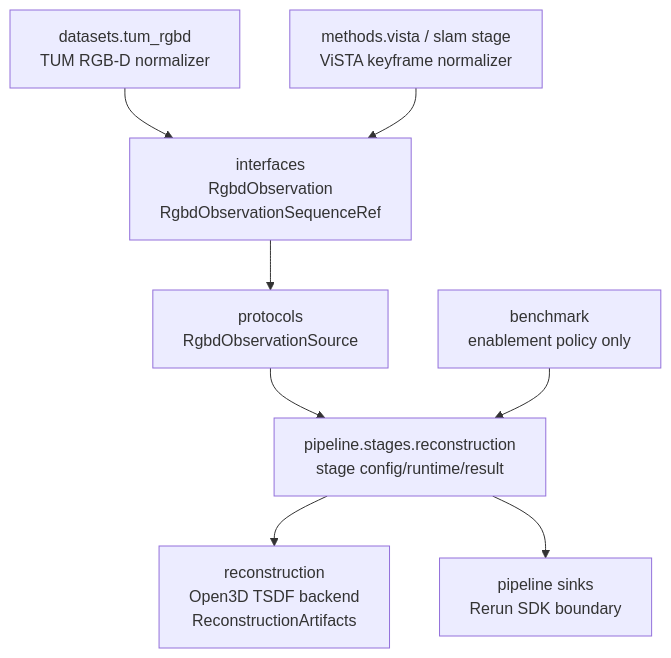
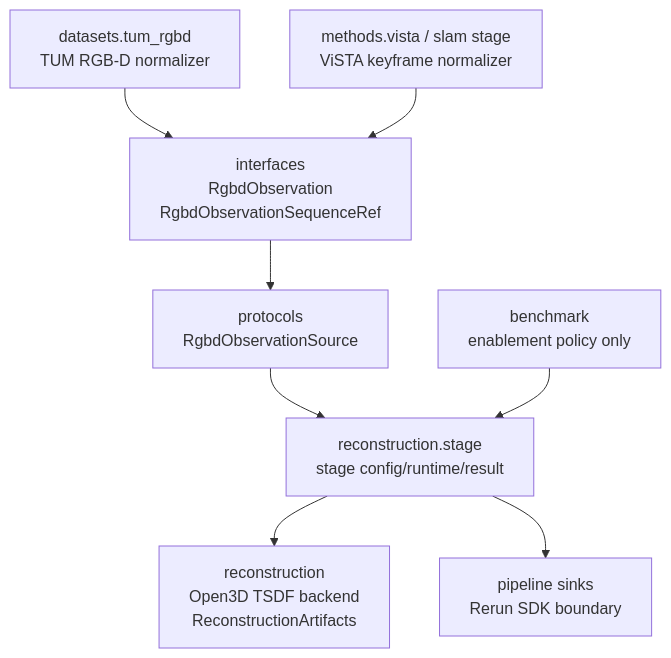
The first of 5 diagrams in docs/architecture/reconstruction-stage-target.md (JanDuchscherer104/prml-vslam), drawn with Mermaid before and after one commit. The commit also changed other lines of this file and 25 other files, not shown here.

Commit message:
docs: update stage ownership architecture

````diff
--- a/docs/architecture/reconstruction-stage-target.md
+++ b/docs/architecture/reconstruction-stage-target.md
@@ -65,19 +65,19 @@
 ```mermaid
 flowchart TB
     Interfaces["interfaces<br/>RgbdObservation<br/>RgbdObservationSequenceRef"]
     Protocols["protocols<br/>RgbdObservationSource"]
     Datasets["datasets.tum_rgbd<br/>TUM RGB-D normalizer"]
     Methods["methods.vista / slam stage<br/>ViSTA keyframe normalizer"]
-    Pipeline["pipeline.stages.reconstruction<br/>stage config/runtime/result"]
+    Pipeline["reconstruction.stage<br/>stage config/runtime/result"]
     Reconstruction["reconstruction<br/>Open3D TSDF backend<br/>ReconstructionArtifacts"]
     Benchmark["benchmark<br/>enablement policy only"]
     Rerun["pipeline sinks<br/>Rerun SDK boundary"]
 
     Datasets --> Interfaces
     Methods --> Interfaces
     Interfaces --> Protocols
     Protocols --> Pipeline
     Pipeline --> Reconstruction
     Benchmark --> Pipeline
     Pipeline --> Rerun
 ```
````
